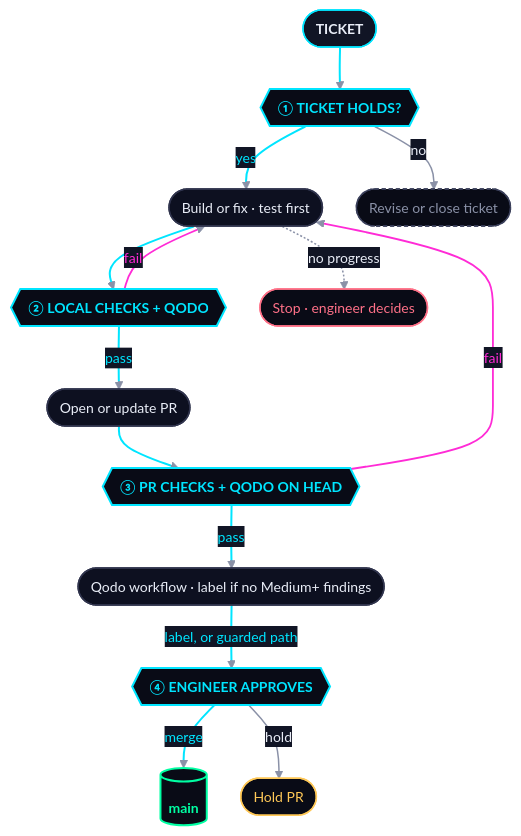
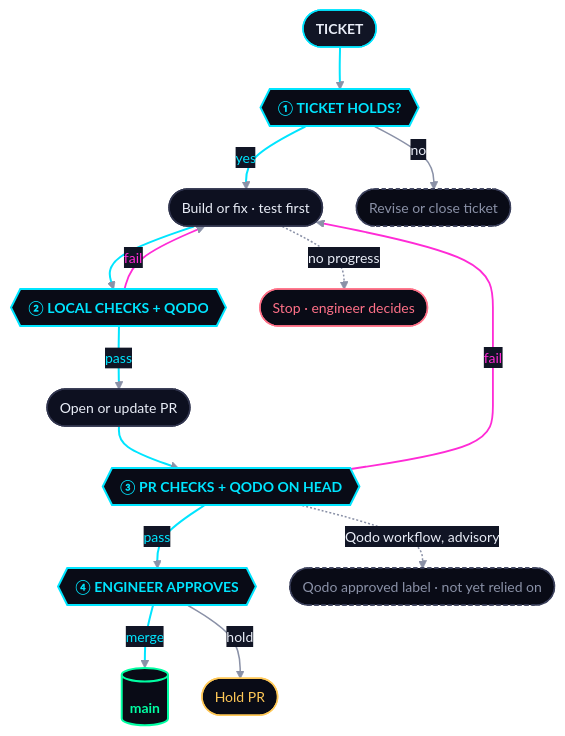
The diagram in docs/factory-verification.md (felixgeelhaar/ghostline), drawn with Mermaid before and after one commit. The commit also changed other lines of this file, not shown here.

Commit message:
docs: show the unproven label as an advisory branch
Claude-Session: https://claude.ai/code/session_01G8EVVpkCRzhmd7U2n8d2xk

````diff
--- a/docs/factory-verification.md
+++ b/docs/factory-verification.md
@@ -8,40 +8,39 @@
 ```mermaid
 %%{init: {"theme": "base", "flowchart": {"curve": "basis", "nodeSpacing": 34, "rankSpacing": 42, "padding": 16, "wrappingWidth": 420}, "themeVariables": {"fontSize": "14px", "lineColor": "#8a91a7", "edgeLabelBackground": "#111525", "textColor": "#e9edf7"}}}%%
 flowchart TB
     T(["TICKET"]):::start
     G1{{"① TICKET HOLDS?"}}:::gate
     B(["Build or fix · test first"]):::step
     G2{{"② LOCAL CHECKS + QODO"}}:::gate
     P(["Open or update PR"]):::step
     G3{{"③ PR CHECKS + QODO ON HEAD"}}:::gate
-    L(["Qodo workflow · label if no Medium+ findings"]):::step
     G4{{"④ ENGINEER APPROVES"}}:::gate
     M[("main")]:::done
 
     T --> G1
     G1 -- yes --> B
     B --> G2
     G2 -- pass --> P
     P --> G3
-    G3 -- pass --> L
-    L -- "label, or guarded path" --> G4
+    G3 -- pass --> G4
     G4 -- merge --> M
 
     G1 -- no --> R(["Revise or close ticket"]):::muted
     G2 -- fail --> B
     G3 -- fail --> B
     B -. no progress .-> S(["Stop · engineer decides"]):::stop
     G4 -- hold --> H(["Hold PR"]):::hold
+    G3 -. "Qodo workflow, advisory" .-> L(["Qodo approved label · not yet relied on"]):::muted
 
     classDef start fill:#111525,stroke:#00e5ff,stroke-width:1.5px,color:#e9edf7,font-weight:bold
     classDef step fill:#0d1020,stroke:#30344d,stroke-width:1.5px,color:#e9edf7
     classDef gate fill:#090b16,stroke:#00e5ff,stroke-width:2px,color:#00e5ff,font-weight:bold
     classDef done fill:#090b16,stroke:#00ffa3,stroke-width:2px,color:#00ffa3,font-weight:bold
     classDef hold fill:#090b16,stroke:#ffc857,stroke-width:1.5px,color:#ffc857
     classDef stop fill:#090b16,stroke:#ff7188,stroke-width:1.5px,color:#ff7188
     classDef muted fill:#090b16,stroke:#3a3f5a,stroke-width:1.5px,color:#8a91a7,stroke-dasharray:4 3
 
     linkStyle default stroke:#8a91a7,stroke-width:1.5px,color:#e9edf7
-    linkStyle 0,1,2,3,4,5,6,7 stroke:#00e5ff,stroke-width:2px,color:#00e5ff
-    linkStyle 9,10 stroke:#ff2bd6,stroke-width:1.8px,color:#ff2bd6
+    linkStyle 0,1,2,3,4,5,6 stroke:#00e5ff,stroke-width:2px,color:#00e5ff
+    linkStyle 8,9 stroke:#ff2bd6,stroke-width:1.8px,color:#ff2bd6
 ```
````
